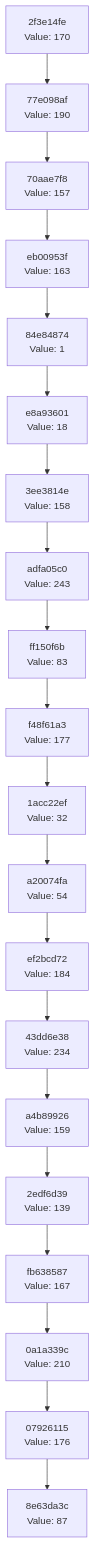
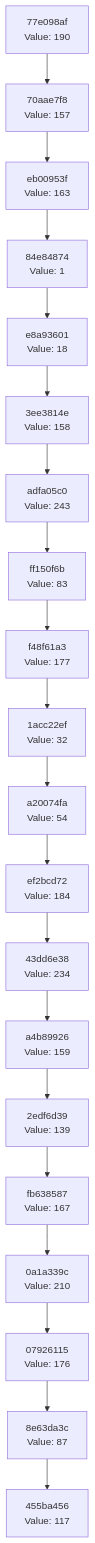
The diagram in docs/CHAIN_VISUALIZATION.md (Abhisheksinha1506/hash-chain-evolver), drawn with Mermaid before and after one commit. The commit also changed 1 other file, not shown here.

Commit message:
Evolution Step

````diff
--- a/docs/CHAIN_VISUALIZATION.md
+++ b/docs/CHAIN_VISUALIZATION.md
@@ -3,42 +3,42 @@
 ```mermaid
 graph TD
-    C0["8e63da3c<br/>Value: 87"]
-    C1["07926115<br/>Value: 176"]
+    C0["455ba456<br/>Value: 117"]
+    C1["8e63da3c<br/>Value: 87"]
     C1 --> C0
-    C2["0a1a339c<br/>Value: 210"]
+    C2["07926115<br/>Value: 176"]
     C2 --> C1
-    C3["fb638587<br/>Value: 167"]
+    C3["0a1a339c<br/>Value: 210"]
     C3 --> C2
-    C4["2edf6d39<br/>Value: 139"]
+    C4["fb638587<br/>Value: 167"]
     C4 --> C3
-    C5["a4b89926<br/>Value: 159"]
+    C5["2edf6d39<br/>Value: 139"]
     C5 --> C4
-    C6["43dd6e38<br/>Value: 234"]
+    C6["a4b89926<br/>Value: 159"]
     C6 --> C5
-    C7["ef2bcd72<br/>Value: 184"]
+    C7["43dd6e38<br/>Value: 234"]
     C7 --> C6
-    C8["a20074fa<br/>Value: 54"]
+    C8["ef2bcd72<br/>Value: 184"]
     C8 --> C7
-    C9["1acc22ef<br/>Value: 32"]
+    C9["a20074fa<br/>Value: 54"]
     C9 --> C8
-    C10["f48f61a3<br/>Value: 177"]
+    C10["1acc22ef<br/>Value: 32"]
     C10 --> C9
-    C11["ff150f6b<br/>Value: 83"]
+    C11["f48f61a3<br/>Value: 177"]
     C11 --> C10
-    C12["adfa05c0<br/>Value: 243"]
+    C12["ff150f6b<br/>Value: 83"]
     C12 --> C11
-    C13["3ee3814e<br/>Value: 158"]
+    C13["adfa05c0<br/>Value: 243"]
     C13 --> C12
-    C14["e8a93601<br/>Value: 18"]
+    C14["3ee3814e<br/>Value: 158"]
     C14 --> C13
-    C15["84e84874<br/>Value: 1"]
+    C15["e8a93601<br/>Value: 18"]
     C15 --> C14
-    C16["eb00953f<br/>Value: 163"]
+    C16["84e84874<br/>Value: 1"]
     C16 --> C15
-    C17["70aae7f8<br/>Value: 157"]
+    C17["eb00953f<br/>Value: 163"]
     C17 --> C16
-    C18["77e098af<br/>Value: 190"]
+    C18["70aae7f8<br/>Value: 157"]
     C18 --> C17
-    C19["2f3e14fe<br/>Value: 170"]
+    C19["77e098af<br/>Value: 190"]
     C19 --> C18
 ```
````
